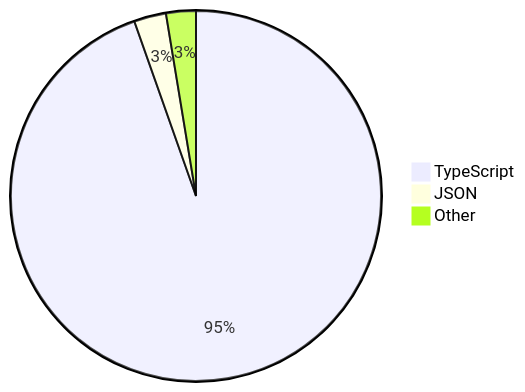
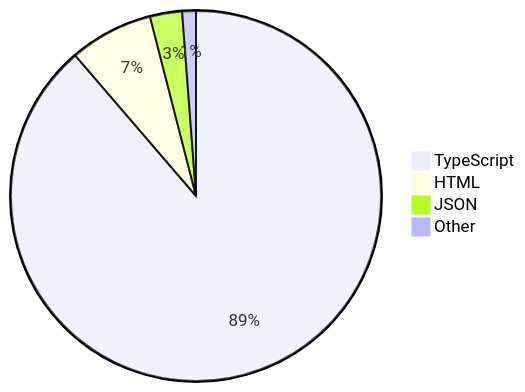
One commit to skvggor/skvggor changed the diagram in README.md. Above: the diagram before and after it, drawn with Mermaid.

Commit message:
Updated waka-readme graph with new metrics

````diff
--- a/README.md
+++ b/README.md
@@ -28,6 +28,7 @@
 ```mermaid
 pie
-    "TypeScript" : 94.6
+    "TypeScript" : 88.7
+    "HTML" : 7.3
     "JSON" : 2.8
-    "Other" : 2.6
+    "Other" : 1.2
 ```
````
